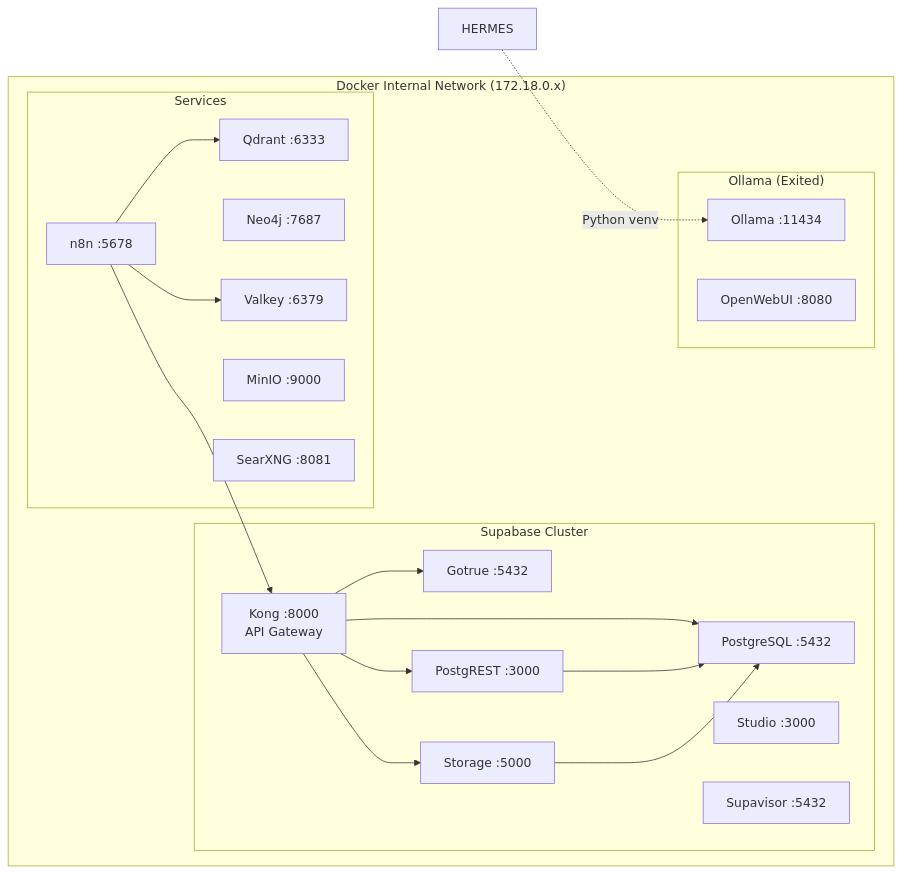
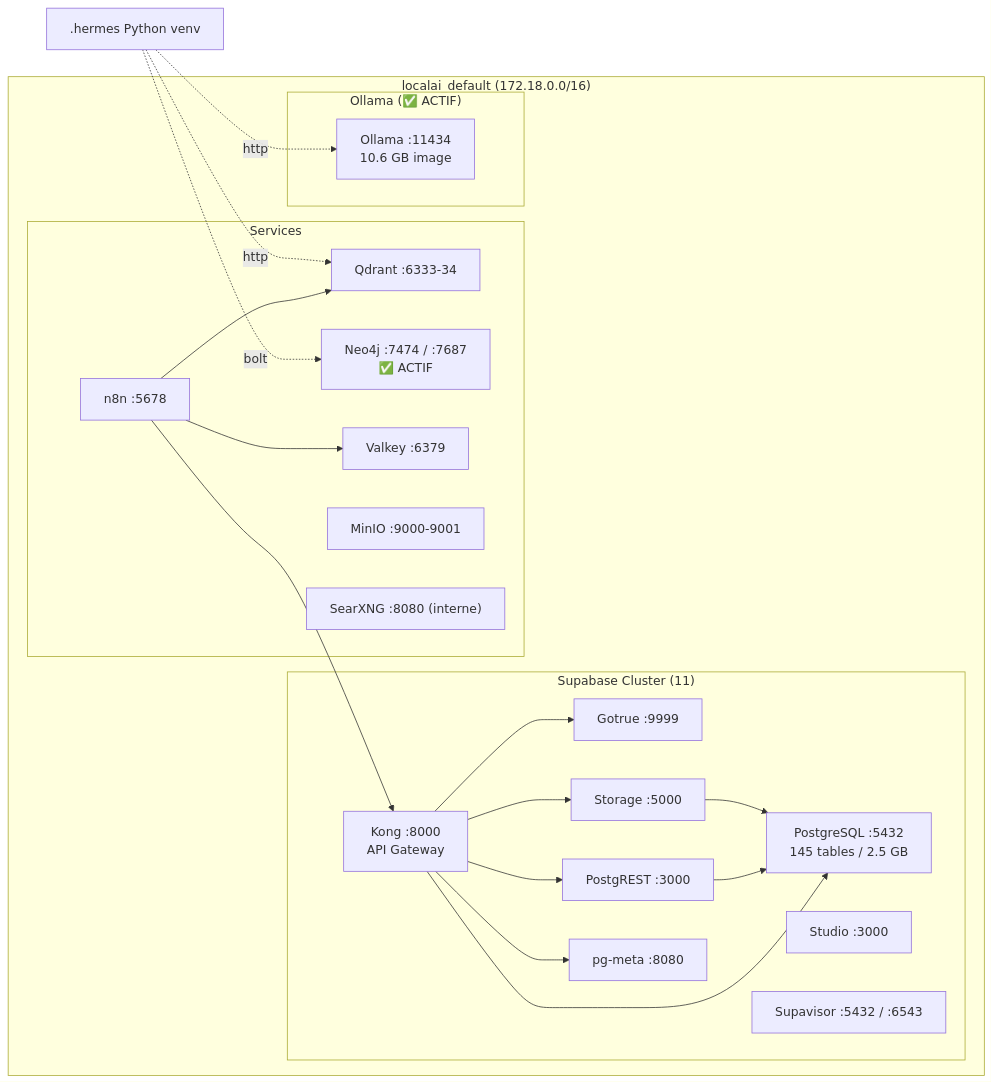
Before and after one commit to jeanhackpy/local-ai-packaged: the third of 7 diagrams in 10_Infrastructure/VPS_Hostinger/VPS_ARCHITECTURE_DIAGRAM.md, drawn with Mermaid. The commit also changed other lines of this file and 4467 other files, not shown here.

````diff
--- a/10_Infrastructure/VPS_Hostinger/VPS_ARCHITECTURE_DIAGRAM.md
+++ b/10_Infrastructure/VPS_Hostinger/VPS_ARCHITECTURE_DIAGRAM.md
@@ -135,39 +140,42 @@
 ```mermaid
 flowchart LR
-    subgraph DOCKER_NETWORK["Docker Internal Network (172.18.0.x)"]
-        subgraph SUPABASE_CLUSTER["Supabase Cluster"]
+    subgraph DOCKER_NETWORK["localai_default (172.18.0.0/16)"]
+        subgraph SUPABASE_CLUSTER["Supabase Cluster (11)"]
             KONG["Kong :8000<br/>API Gateway"]
-            DB["PostgreSQL :5432"]
-            AUTH["Gotrue :5432"]
+            DB["PostgreSQL :5432<br/>145 tables / 2.5 GB"]
+            AUTH["Gotrue :9999"]
             REST["PostgREST :3000"]
             STUDIO["Studio :3000"]
             STORAGE["Storage :5000"]
-            POOLER["Supavisor :5432"]
+            POOLER["Supavisor :5432 / :6543"]
+            META["pg-meta :8080"]
         end
 
         subgraph SERVICES["Services"]
             N8N["n8n :5678"]
-            QDRANT["Qdrant :6333"]
-            NEO4J["Neo4j :7687"]
+            QDRANT["Qdrant :6333-34"]
+            NEO4J["Neo4j :7474 / :7687<br/>✅ ACTIF"]
             VALKEY["Valkey :6379"]
-            MINIO["MinIO :9000"]
-            SEARXNG["SearXNG :8081"]
+            MINIO["MinIO :9000-9001"]
+            SEARXNG["SearXNG :8080 (interne)"]
         end
 
-        subgraph OLLAMA_CLUSTER["Ollama (Exited)"]
-            OLLAMA["Ollama :11434"]
-            OPENWEBUI["OpenWebUI :8080"]
+        subgraph OLLAMA_CLUSTER["Ollama (✅ ACTIF)"]
+            OLLAMA["Ollama :11434<br/>10.6 GB image"]
         end
     end
 
     KONG --> DB
     KONG --> AUTH
     KONG --> REST
     KONG --> STORAGE
+    KONG --> META
     REST --> DB
     STORAGE --> DB
     N8N --> QDRANT
     N8N --> VALKEY
     N8N --> KONG
-    HERMES -.->|"Python venv"| OLLAMA
+    HERMES[".hermes Python venv"] -.->|"bolt"| NEO4J
+    HERMES -.->|"http"| OLLAMA
+    HERMES -.->|"http"| QDRANT
 ```
````
